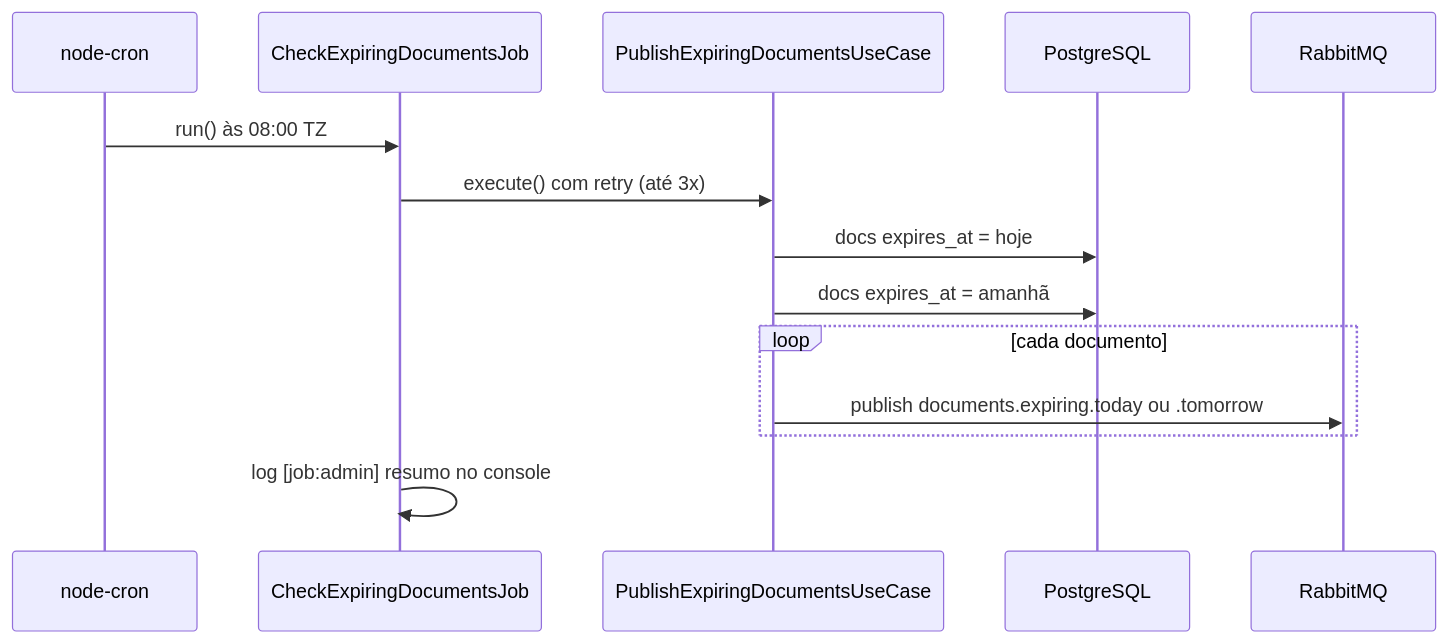
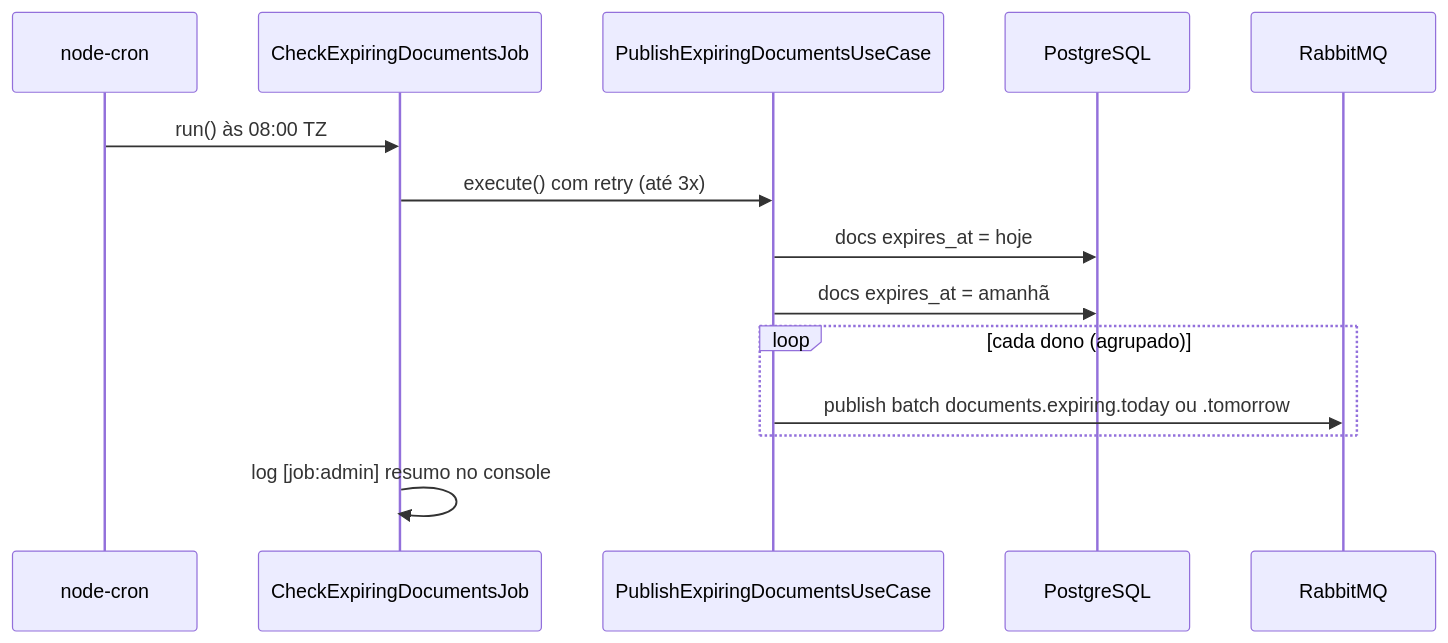
One commit to yuriengcomp99/alerta-doc-schedule changed the second of 2 diagrams in README.md. Above: the diagram before and after it, drawn with Mermaid. The commit also changed other lines of this file and 7 other files, not shown here.

Commit message:
Batch expiring-document events per owner and fix Docker build

````diff
--- a/README.md
+++ b/README.md
@@ -49,17 +49,17 @@
 ```mermaid
 sequenceDiagram
   participant Cron as node-cron
   participant Job as CheckExpiringDocumentsJob
   participant UC as PublishExpiringDocumentsUseCase
   participant DB as PostgreSQL
   participant Q as RabbitMQ
 
   Cron->>Job: run() às 08:00 TZ
   Job->>UC: execute() com retry (até 3x)
   UC->>DB: docs expires_at = hoje
   UC->>DB: docs expires_at = amanhã
-  loop cada documento
-    UC->>Q: publish documents.expiring.today ou .tomorrow
+  loop cada dono (agrupado)
+    UC->>Q: publish batch documents.expiring.today ou .tomorrow
   end
   Job->>Job: log [job:admin] resumo no console
 ```
````
